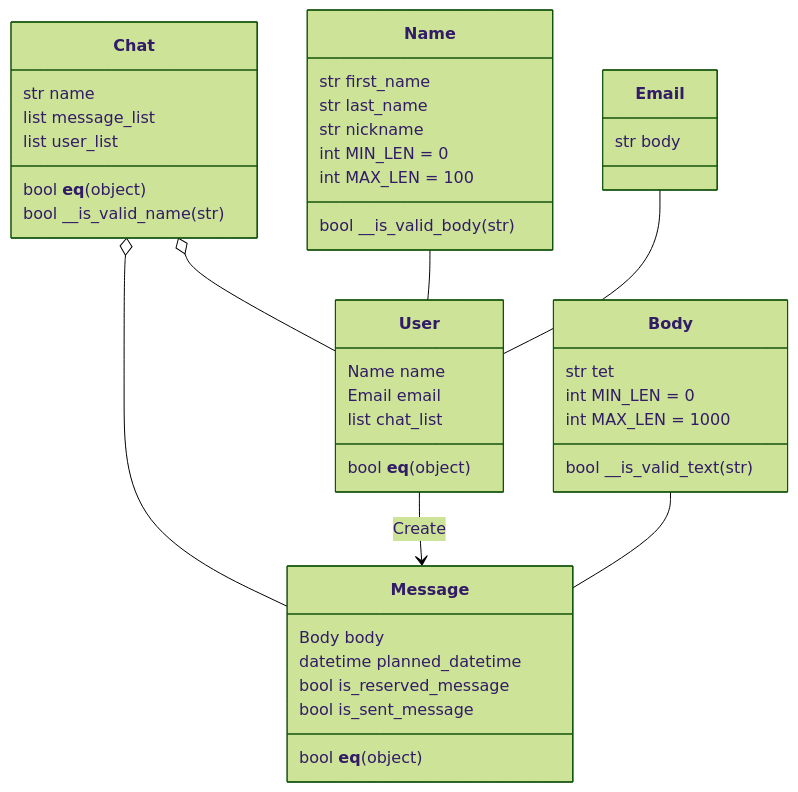
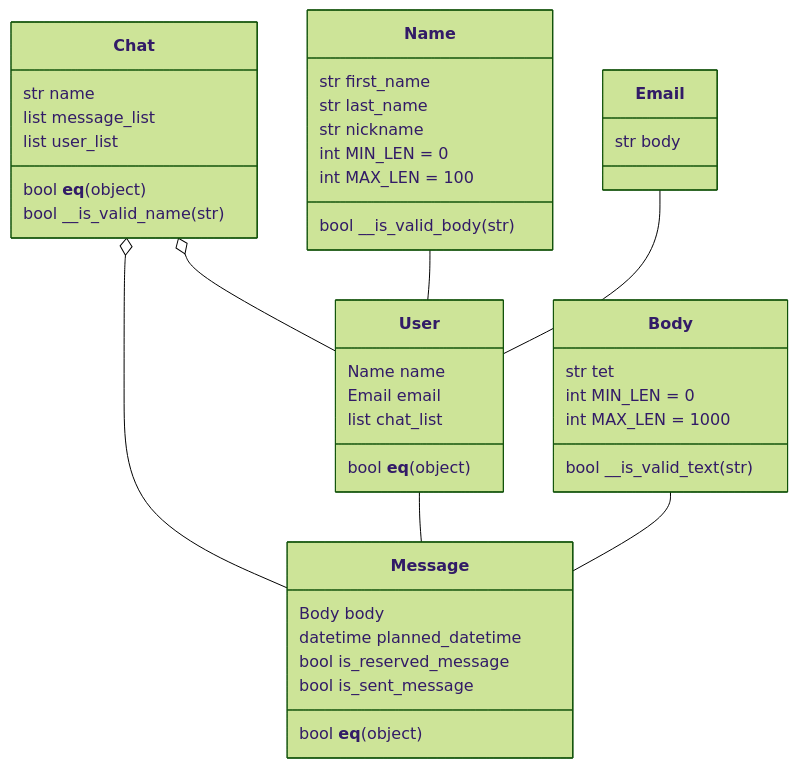
One commit to agile-native-panda/DDD-Challenge-2022 changed the diagram in doc/class_model.md. Above: the diagram before and after it, drawn with Mermaid (forest theme).

Commit message:
UserとMessageの矢印を変更

````diff
--- a/doc/class_model.md
+++ b/doc/class_model.md
@@ -1,50 +1,50 @@
 ```mermaid
 classDiagram
 class User {
     Name name
     Email email
     list chat_list
     bool __eq__(object)
 }
 
 class Name {
     str first_name
     str last_name
     str nickname
     int MIN_LEN = 0
     int MAX_LEN = 100
     bool __is_valid_body(str)
 }
 
 class Email {
     str body
 }
 class Chat {
     str name
     list message_list
     list user_list
 
     bool __eq__(object)
     bool __is_valid_name(str)   
 }
 
 class Message {
     Body body
     datetime planned_datetime
     bool is_reserved_message
     bool is_sent_message
     bool __eq__(object)
 }
 class Body{
     str tet
     int MIN_LEN = 0
     int MAX_LEN = 1000
     bool __is_valid_text(str)
 }
 Chat o-- User
 Chat o-- Message
-User --> Message: Create
+User -- Message
 Name -- User
 Email -- User
 Body -- Message
 ```
````
